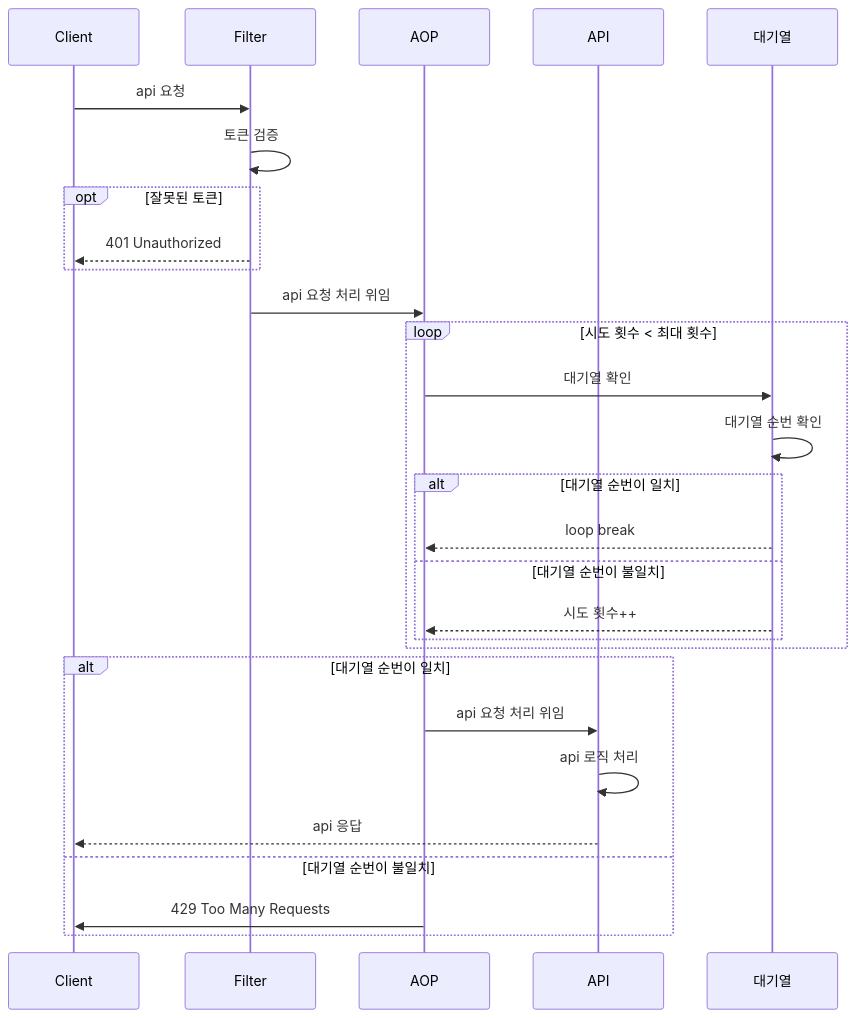
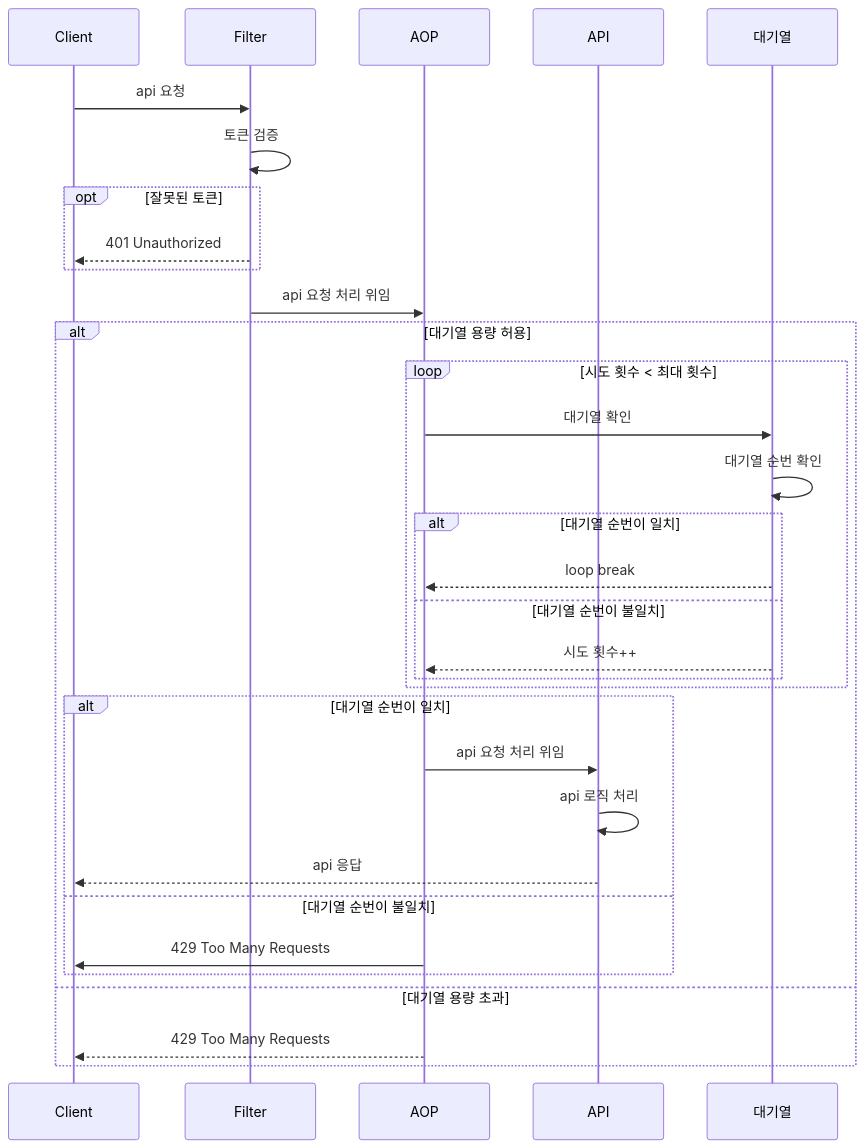
Before and after one commit to wanniDev/ticket: the diagram in README.MD, drawn with Mermaid.

Commit message:
Document: 시퀀스 다이어그램에 대기열 허용 용량 확인 로직 추가

````diff
--- a/README.MD
+++ b/README.MD
@@ -19,30 +19,34 @@
 ```mermaid
 sequenceDiagram
     participant C as Client
     participant F as Filter
     participant AO as AOP
     participant A as API
     participant Q as 대기열
     C->>F: api 요청
     F->>F: 토큰 검증
     opt 잘못된 토큰
         F-->>C: 401 Unauthorized
     end
     F->>AO: api 요청 처리 위임
-    loop 시도 횟수 < 최대 횟수
+    alt 대기열 용량 허용
+      loop 시도 횟수 < 최대 횟수
         AO->>Q: 대기열 확인
         Q->>Q: 대기열 순번 확인
         alt 대기열 순번이 일치
-            Q-->>AO: loop break
+          Q-->>AO: loop break
         else 대기열 순번이 불일치
-            Q-->>AO: 시도 횟수++
+          Q-->>AO: 시도 횟수++
         end
-    end
-    alt 대기열 순번이 일치
+      end
+      alt 대기열 순번이 일치
         AO->>A: api 요청 처리 위임
         A->>A: api 로직 처리
         A-->>C: api 응답
-    else 대기열 순번이 불일치
+      else 대기열 순번이 불일치
         AO->>C: 429 Too Many Requests
+      end
+    else 대기열 용량 초과
+        AO-->>C: 429 Too Many Requests
     end
 ```
````
